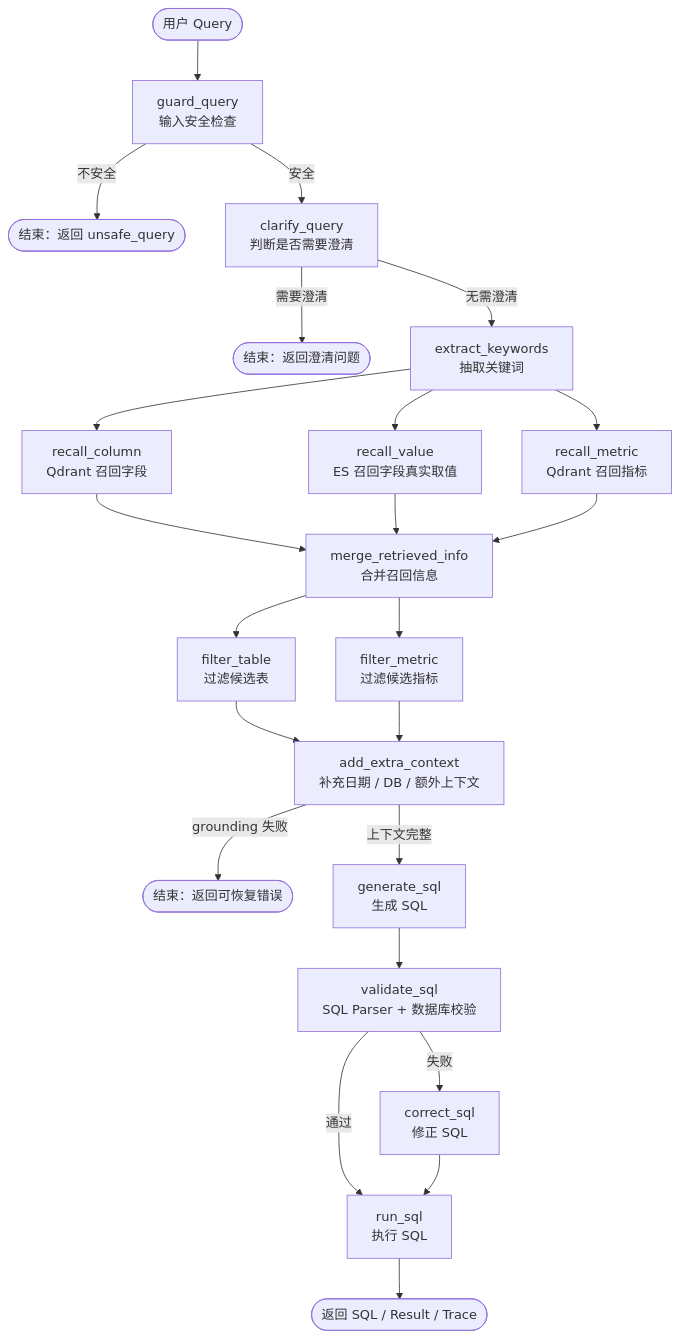
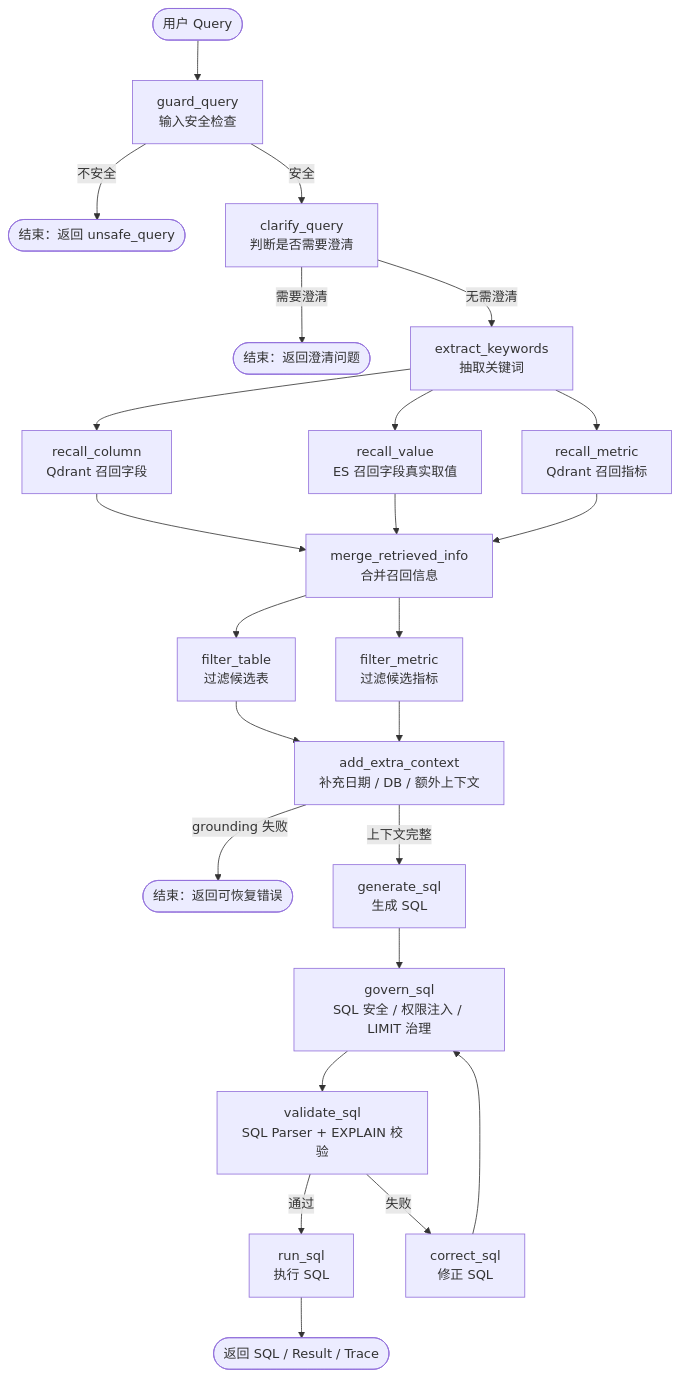
One commit to Pu-xinjie0503/ecommerce-data-agent changed the second of 2 diagrams in README.md. Above: the diagram before and after it, drawn with Mermaid. The commit also changed other lines of this file, not shown here.

````diff
--- a/README.md
+++ b/README.md
@@ -61,31 +61,32 @@
 ```mermaid
 flowchart TD
     Start([用户 Query]) --> Guard[guard_query\n输入安全检查]
     Guard -->|不安全| EndUnsafe([结束：返回 unsafe_query])
     Guard -->|安全| Clarify[clarify_query\n判断是否需要澄清]
     Clarify -->|需要澄清| EndClarify([结束：返回澄清问题])
     Clarify -->|无需澄清| Extract[extract_keywords\n抽取关键词]
 
     Extract --> RecallColumn[recall_column\nQdrant 召回字段]
     Extract --> RecallValue[recall_value\nES 召回字段真实取值]
     Extract --> RecallMetric[recall_metric\nQdrant 召回指标]
 
     RecallColumn --> Merge[merge_retrieved_info\n合并召回信息]
     RecallValue --> Merge
     RecallMetric --> Merge
 
     Merge --> FilterTable[filter_table\n过滤候选表]
     Merge --> FilterMetric[filter_metric\n过滤候选指标]
 
     FilterTable --> Extra[add_extra_context\n补充日期 / DB / 额外上下文]
     FilterMetric --> Extra
 
     Extra -->|grounding 失败| EndGrounding([结束：返回可恢复错误])
     Extra -->|上下文完整| Generate[generate_sql\n生成 SQL]
 
-    Generate --> Validate[validate_sql\nSQL Parser + 数据库校验]
+    Generate --> Govern[govern_sql\nSQL 安全 / 权限注入 / LIMIT 治理]
+    Govern --> Validate[validate_sql\nSQL Parser + EXPLAIN 校验]
     Validate -->|通过| Run[run_sql\n执行 SQL]
     Validate -->|失败| Correct[correct_sql\n修正 SQL]
-    Correct --> Run
+    Correct --> Govern
     Run --> End([返回 SQL / Result / Trace])
 ```
````
